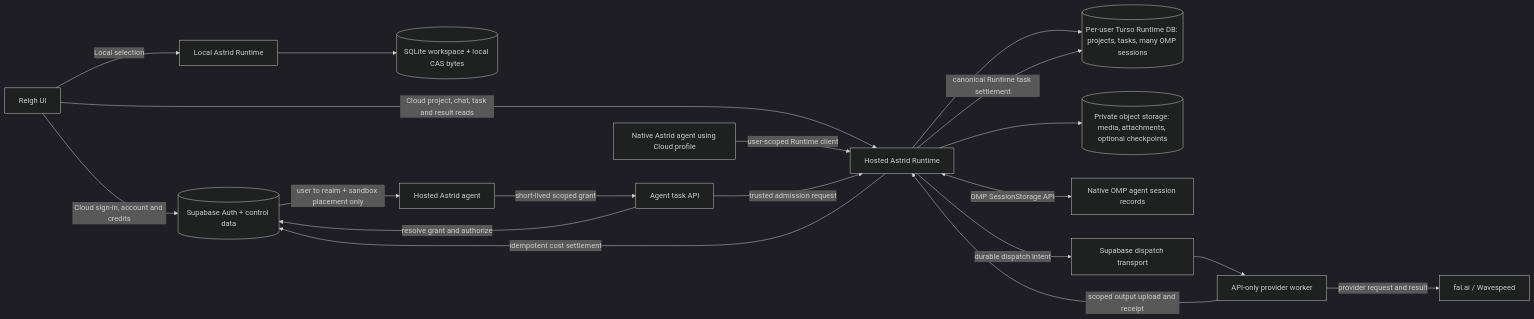
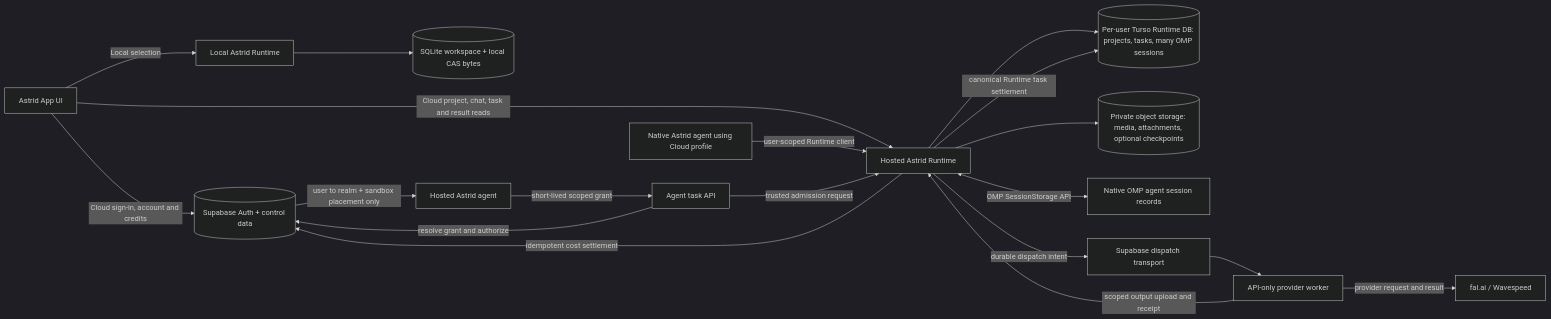
One commit to AstridPseudon/timeline-hub changed the diagram in docs/design/cloud-mode-integration-plan-2026-10-05.md. Above: the diagram before and after it, drawn with Mermaid (dark theme). The commit also changed other lines of this file and 961 other files, not shown here.

Commit message:
Apply the Astrid App rename

````diff
--- a/docs/design/cloud-mode-integration-plan-2026-10-05.md
+++ b/docs/design/cloud-mode-integration-plan-2026-10-05.md
@@ -24,21 +24,21 @@
 ```mermaid
 flowchart LR
-  UI[Reigh UI] -->|Local selection| LR[Local Astrid Runtime]
+  UI[Astrid App UI] -->|Local selection| LR[Local Astrid Runtime]
   LR --> LS[(SQLite workspace + local CAS bytes)]
   UI -->|Cloud sign-in, account and credits| CTRL[(Supabase Auth + control data)]
   UI -->|Cloud project, chat, task and result reads| CR[Hosted Astrid Runtime]
   NATIVE[Native Astrid agent using Cloud profile] -->|user-scoped Runtime client| CR
   HOSTED[Hosted Astrid agent] -->|short-lived scoped grant| EF[Agent task API]
   EF -->|resolve grant and authorize| CTRL
   EF -->|trusted admission request| CR
   CR --> TD[(Per-user Turso Runtime DB: projects, tasks, many OMP sessions)]
   CR --> OS[(Private object storage: media, attachments, optional checkpoints)]
   CR <-->|OMP SessionStorage API| OMP[Native OMP agent session records]
   CR -->|durable dispatch intent| Q[Supabase dispatch transport]
   Q --> W[API-only provider worker]
   W -->|provider request and result| P[fal.ai / Wavespeed]
   W -->|scoped output upload and receipt| CR
   CR -->|canonical Runtime task settlement| TD
   CR -->|idempotent cost settlement| CTRL
   CTRL -->|user to realm + sandbox placement only| HOSTED
 ```
````
